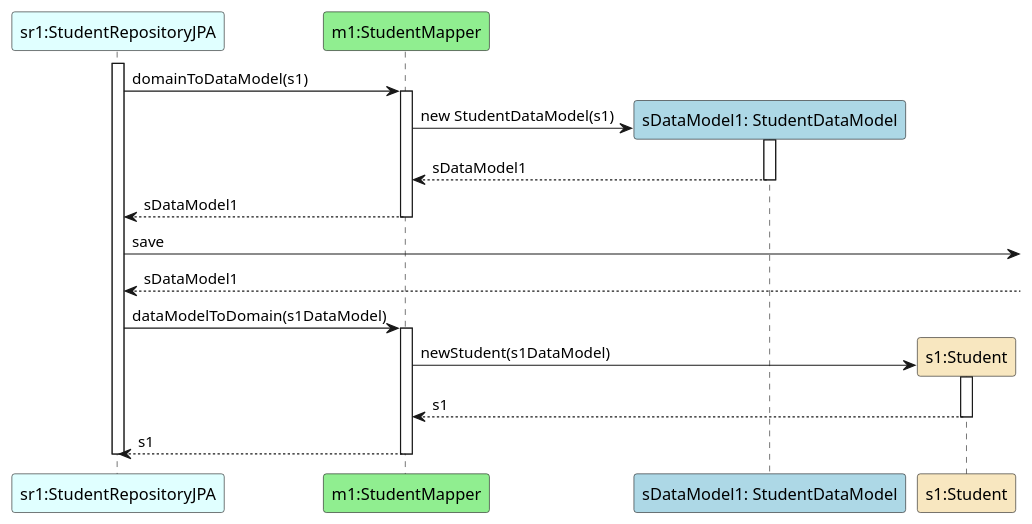
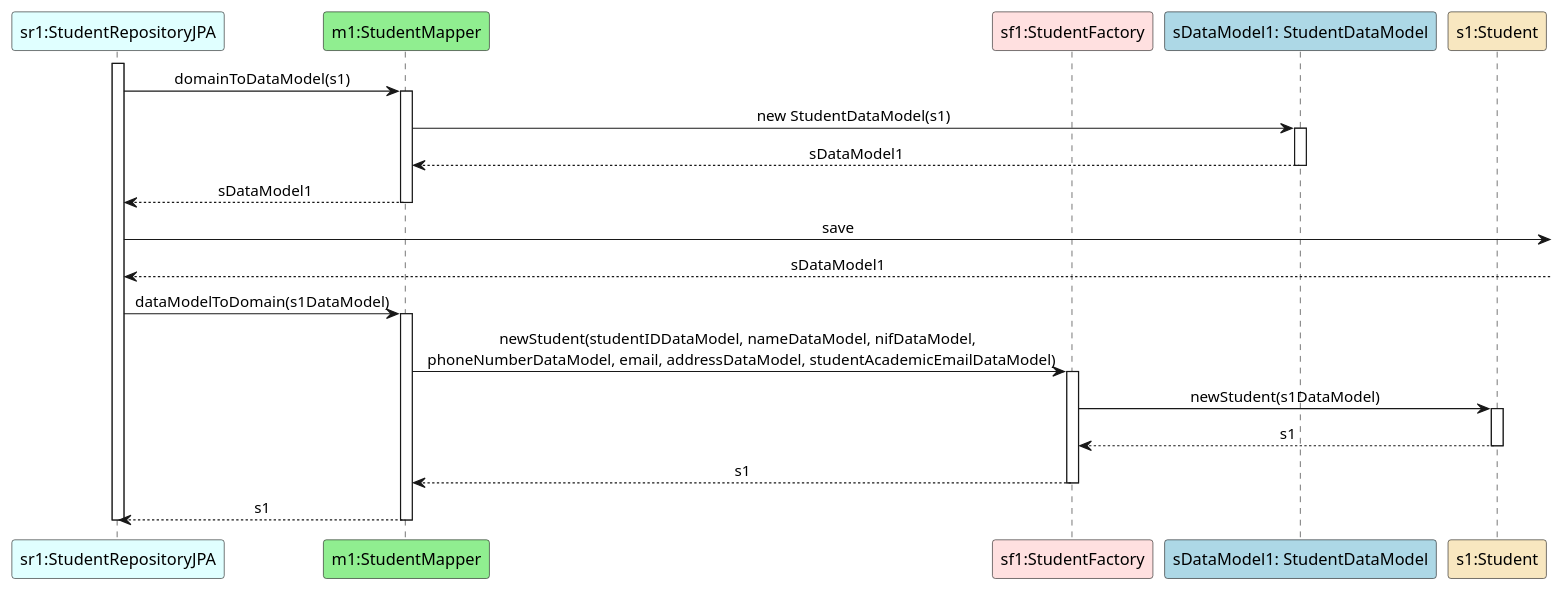
Before and after one commit to GasparISEP/DevOps-PAI: the diagram in docs/US08/Documentation_SpringData_JPA/US08_SaveInDataBase.puml, drawn with PlantUML.

Commit message:
Refs #269, Update Ref diagram us08_SaveInDataBase

```diff
--- a/docs/US08/Documentation_SpringData_JPA/US08_SaveInDataBase.puml
+++ b/docs/US08/Documentation_SpringData_JPA/US08_SaveInDataBase.puml
@@ -1,27 +1,34 @@
 @startuml
 participant "sr1:StudentRepositoryJPA" as SR #lightcyan
 participant "m1:StudentMapper" as mapper #lightgreen
+participant "sf1:StudentFactory" as factory #implementation
 participant "sDataModel1: StudentDataModel" as sDM #lightblue
 participant "s1:Student" as s1 #strategy
+skinparam sequenceMessageAlign center
+
 
 activate SR
 SR -> mapper: domainToDataModel(s1)
 activate mapper
-mapper -> sDM**: new StudentDataModel(s1)
+mapper -> sDM: new StudentDataModel(s1)
 activate sDM
 sDM --> mapper : sDataModel1
 deactivate sDM
 mapper --> SR: sDataModel1
 deactivate mapper
 SR -> : save
 SR <-- :sDataModel1
 SR -> mapper: dataModelToDomain(s1DataModel)
 activate mapper
-mapper -> s1**: newStudent(s1DataModel)
+mapper -> factory : newStudent(studentIDDataModel, nameDataModel, nifDataModel, \n phoneNumberDataModel, email, addressDataModel, studentAcademicEmailDataModel)
+activate factory
+factory -> s1: newStudent(s1DataModel)
 activate s1
-s1 --> mapper: s1
+s1 --> factory: s1
 deactivate s1
-mapper --> SR: s1
+factory --> mapper: s1
+deactivate factory
+mapper --> SR : s1
 deactivate mapper
 deactivate SR
 @enduml
```
